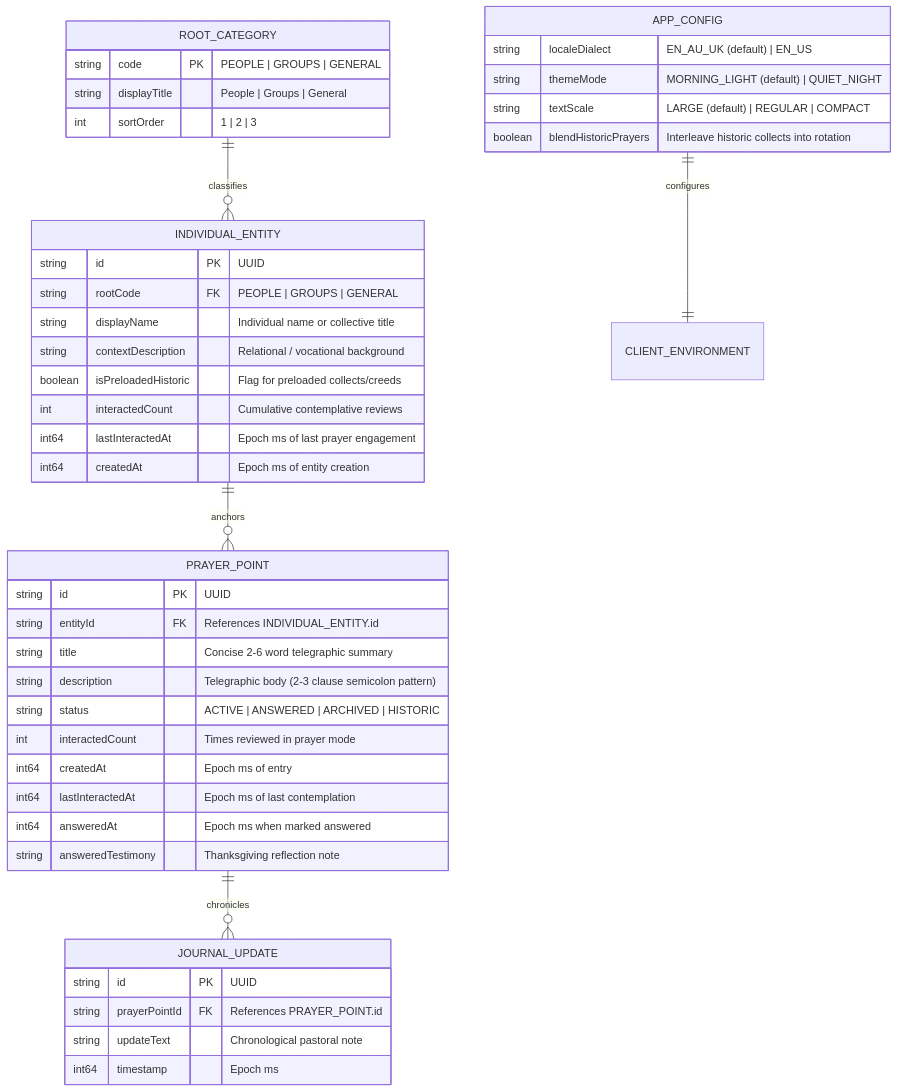
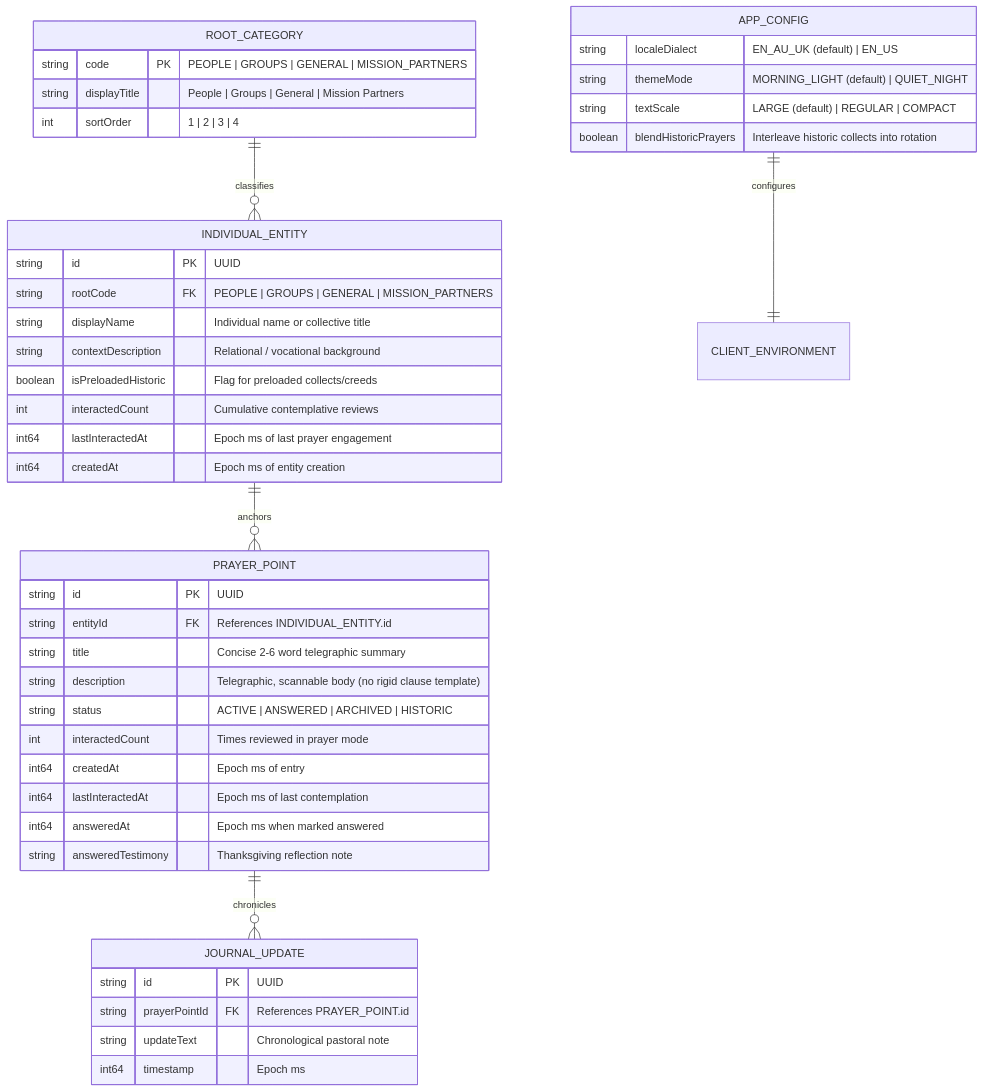
One commit to iamenianc/Prayer changed the second of 9 diagrams in planning/codebase_knowledge_graph.md. Above: the diagram before and after it, drawn with Mermaid. The commit also changed other lines of this file and 15 other files, not shown here.

Commit message:
feat: add Mission Partners root category and relax card clause template to natural telegraphic phrasing

````diff
--- a/planning/codebase_knowledge_graph.md
+++ b/planning/codebase_knowledge_graph.md
@@ -81,51 +81,51 @@
 ```mermaid
 erDiagram
     ROOT_CATEGORY ||--o{ INDIVIDUAL_ENTITY : "classifies"
     INDIVIDUAL_ENTITY ||--o{ PRAYER_POINT : "anchors"
     PRAYER_POINT ||--o{ JOURNAL_UPDATE : "chronicles"
     APP_CONFIG ||--|| CLIENT_ENVIRONMENT : "configures"
 
     ROOT_CATEGORY {
-        string code PK "PEOPLE | GROUPS | GENERAL"
-        string displayTitle "People | Groups | General"
-        int sortOrder "1 | 2 | 3"
+        string code PK "PEOPLE | GROUPS | GENERAL | MISSION_PARTNERS"
+        string displayTitle "People | Groups | General | Mission Partners"
+        int sortOrder "1 | 2 | 3 | 4"
     }
 
     INDIVIDUAL_ENTITY {
         string id PK "UUID"
-        string rootCode FK "PEOPLE | GROUPS | GENERAL"
+        string rootCode FK "PEOPLE | GROUPS | GENERAL | MISSION_PARTNERS"
         string displayName "Individual name or collective title"
         string contextDescription "Relational / vocational background"
         boolean isPreloadedHistoric "Flag for preloaded collects/creeds"
         int interactedCount "Cumulative contemplative reviews"
         int64 lastInteractedAt "Epoch ms of last prayer engagement"
         int64 createdAt "Epoch ms of entity creation"
     }
 
     PRAYER_POINT {
         string id PK "UUID"
         string entityId FK "References INDIVIDUAL_ENTITY.id"
         string title "Concise 2-6 word telegraphic summary"
-        string description "Telegraphic body (2-3 clause semicolon pattern)"
+        string description "Telegraphic, scannable body (no rigid clause template)"
         string status "ACTIVE | ANSWERED | ARCHIVED | HISTORIC"
         int interactedCount "Times reviewed in prayer mode"
         int64 createdAt "Epoch ms of entry"
         int64 lastInteractedAt "Epoch ms of last contemplation"
         int64 answeredAt "Epoch ms when marked answered"
         string answeredTestimony "Thanksgiving reflection note"
     }
 
     JOURNAL_UPDATE {
         string id PK "UUID"
         string prayerPointId FK "References PRAYER_POINT.id"
         string updateText "Chronological pastoral note"
         int64 timestamp "Epoch ms"
     }
 
     APP_CONFIG {
         string localeDialect "EN_AU_UK (default) | EN_US"
         string themeMode "MORNING_LIGHT (default) | QUIET_NIGHT"
         string textScale "LARGE (default) | REGULAR | COMPACT"
         boolean blendHistoricPrayers "Interleave historic collects into rotation"
     }
 ```
````
